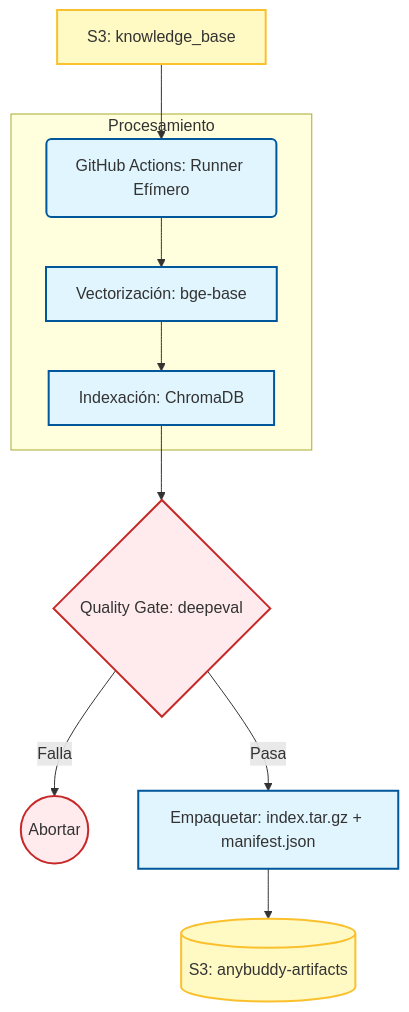
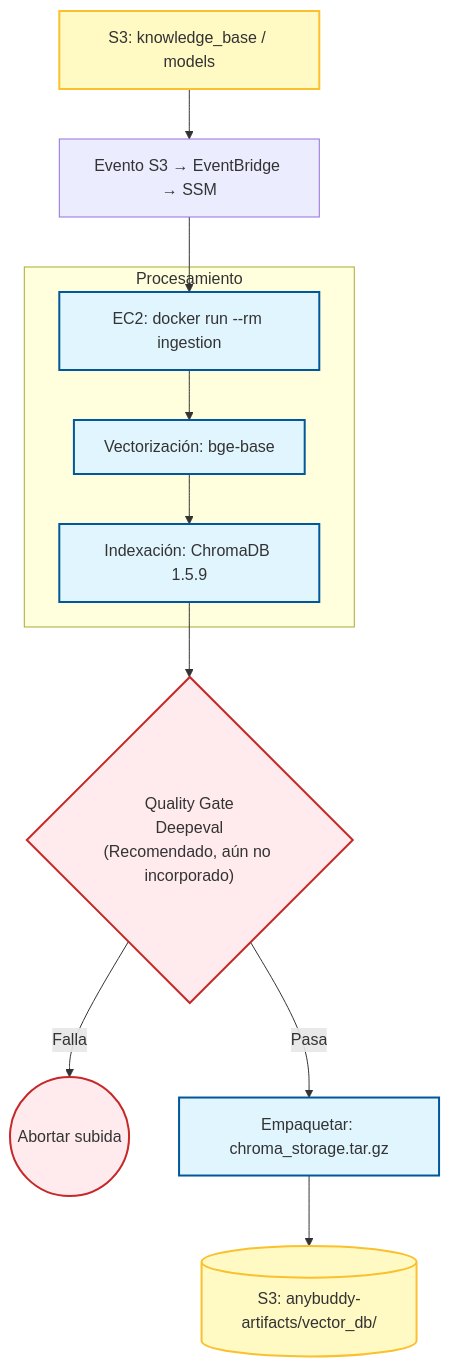
One commit to kevin-ja/anybuddy changed the fourth of 4 diagrams in ARCHITECTURE.md. Above: the diagram before and after it, drawn with Mermaid. The commit also changed other lines of this file and 26 other files, not shown here.

````diff
--- a/ARCHITECTURE.md
+++ b/ARCHITECTURE.md
@@ -236,26 +263,27 @@
 ```mermaid
 graph TD
-    %% Definición de Estilos
+    %% Definición de estilos
     classDef process fill:#e1f5fe,stroke:#01579b,stroke-width:2px;
     classDef storage fill:#fff9c4,stroke:#fbc02d,stroke-width:2px;
     classDef gate fill:#ffebee,stroke:#c62828,stroke-width:2px;
 
-    Source[S3: knowledge_base] --> Runner(GitHub Actions: Runner Efímero)
-    
+    Source["S3: knowledge_base / models"] --> Trigger["Evento S3 → EventBridge → SSM"]
+    Trigger --> Runner["EC2: docker run --rm ingestion"]
+
     subgraph Procesamiento
-        Runner --> B[Vectorización: bge-base]
-        B --> C[Indexación: ChromaDB]
+        Runner --> B["Vectorización: bge-base"]
+        B --> C["Indexación: ChromaDB 1.5.9"]
     end
-    
-    C --> Gate{Quality Gate: deepeval}
-    
-    Gate -- Falla --> Stop((Abortar))
-    Gate -- Pasa --> Pack[Empaquetar: index.tar.gz + manifest.json]
-    
-    Pack --> Target[(S3: anybuddy-artifacts)]
+
+    C --> Gate{"Quality Gate\nDeepeval\n(Recomendado, aún no incorporado)"}
+
+    Gate -- Falla --> Stop(("Abortar subida"))
+    Gate -- Pasa --> Pack["Empaquetar: chroma_storage.tar.gz"]
+
+    Pack --> Target[("S3: anybuddy-artifacts/vector_db/")]
 
     %% Aplicar estilos
     class Runner,B,C,Pack process;
     class Source,Target storage;
     class Gate,Stop gate;
 ```
````
